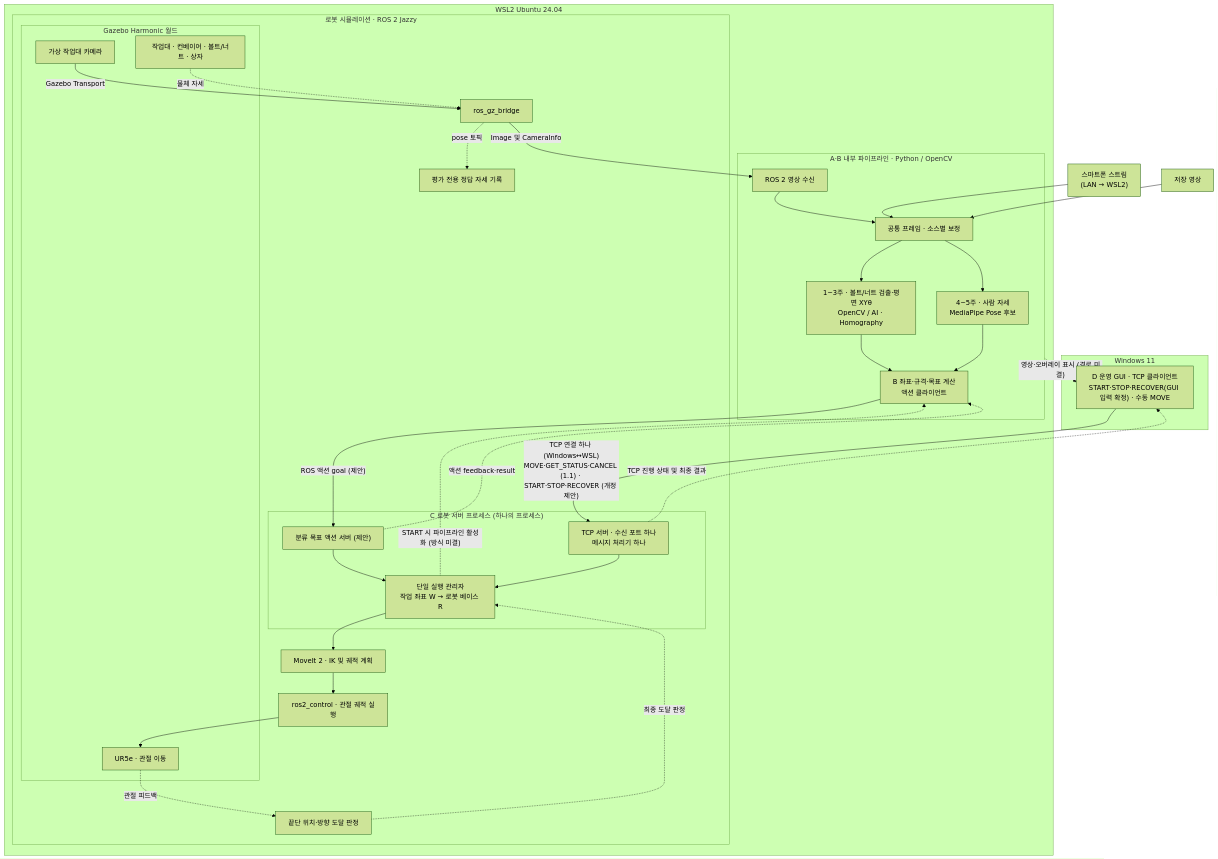
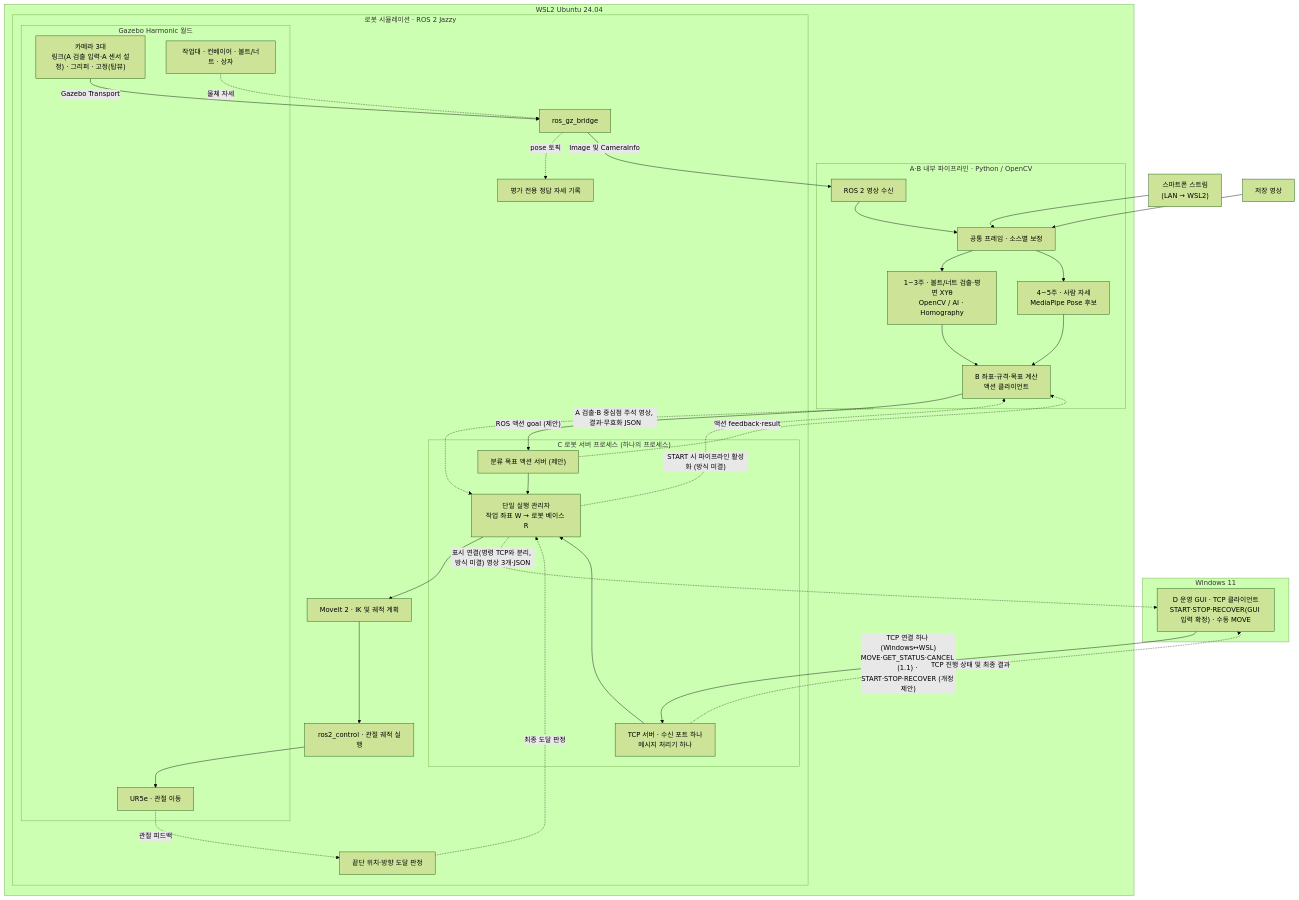
The diagram in docs/architecture/시스템_아키텍처_및_프로젝트_계획.md (didgustmd23/EyetoArm), drawn with Mermaid (forest theme) before and after one commit. The commit also changed other lines of this file and 9 other files, not shown here.

````diff
--- a/docs/architecture/시스템_아키텍처_및_프로젝트_계획.md
+++ b/docs/architecture/시스템_아키텍처_및_프로젝트_계획.md
@@ -103,64 +104,65 @@
 ```mermaid
 flowchart TB
     Phone["스마트폰 스트림<br/>(LAN → WSL2)"]
     Video["저장 영상"]
 
     subgraph Win["Windows 11"]
         Client["D 운영 GUI · TCP 클라이언트<br/>START·STOP·RECOVER(GUI 입력 확정) · 수동 MOVE"]
     end
 
     subgraph WSL["WSL2 Ubuntu 24.04"]
 
         subgraph Vision["A·B 내부 파이프라인 · Python / OpenCV"]
             RosInput["ROS 2 영상 수신"]
             Frames["공통 프레임 · 소스별 보정"]
             Planar["1~3주 · 볼트/너트 검출·평면 XYθ<br/>OpenCV / AI · Homography"]
             Pose["4~5주 · 사람 자세<br/>MediaPipe Pose 후보"]
             Calc["B 좌표·규격·목표 계산<br/>액션 클라이언트"]
             RosInput --> Frames
             Frames --> Planar
             Frames --> Pose
             Planar --> Calc
             Pose --> Calc
         end
 
         subgraph Robot["로봇 시뮬레이션 · ROS 2 Jazzy"]
             Bridge["ros_gz_bridge"]
             subgraph CProc["C 로봇 서버 프로세스 (하나의 프로세스)"]
                 TcpL["TCP 서버 · 수신 포트 하나<br/>메시지 처리기 하나"]
                 ActS["분류 목표 액션 서버 (제안)"]
                 Server["단일 실행 관리자<br/>작업 좌표 W → 로봇 베이스 R"]
                 TcpL --> Server
                 ActS --> Server
             end
             Planner["MoveIt 2 · IK 및 궤적 계획"]
             Controller["ros2_control · 관절 궤적 실행"]
             Verify["끝단 위치·방향 도달 판정"]
 
             subgraph World["Gazebo Harmonic 월드"]
-                Camera["가상 작업대 카메라"]
+                Camera["카메라 3대<br/>링크(A 검출 입력·A 센서 설정) · 그리퍼 · 고정(탑뷰)"]
                 Scene["작업대 · 컨베이어 · 볼트/너트 · 상자"]
                 Arm["UR5e · 관절 이동"]
             end
 
             Truth["평가 전용 정답 자세 기록"]
 
             Camera -->|Gazebo Transport| Bridge
             Scene -. 물체 자세 .-> Bridge
             Bridge -. pose 토픽 .-> Truth
             Server --> Planner --> Controller --> Arm
             Arm -. 관절 피드백 .-> Verify
         end
     end
 
     Phone --> Frames
     Video --> Frames
     Bridge -->|Image 및 CameraInfo| RosInput
     Calc -->|"ROS 액션 goal (제안)"| ActS
     ActS -. 액션 feedback·result .-> Calc
     Client -->|"TCP 연결 하나 (Windows↔WSL)<br/>MOVE·GET_STATUS·CANCEL (1.1) · START·STOP·RECOVER (개정 제안)"| TcpL
     Server -. "START 시 파이프라인 활성화 (방식 미결)" .-> Calc
-    Vision -. "영상·오버레이 표시 (경로 미결)" .-> Client
+    Vision -. "A 검출·B 중심점 주석 영상, 결과·무효화 JSON" .-> Server
+    Server -. "표시 연결(명령 TCP와 분리, 방식 미결) 영상 3개·JSON" .-> Client
     Verify -. 최종 도달 판정 .-> Server
     TcpL -. TCP 진행 상태 및 최종 결과 .-> Client
 ```
````
